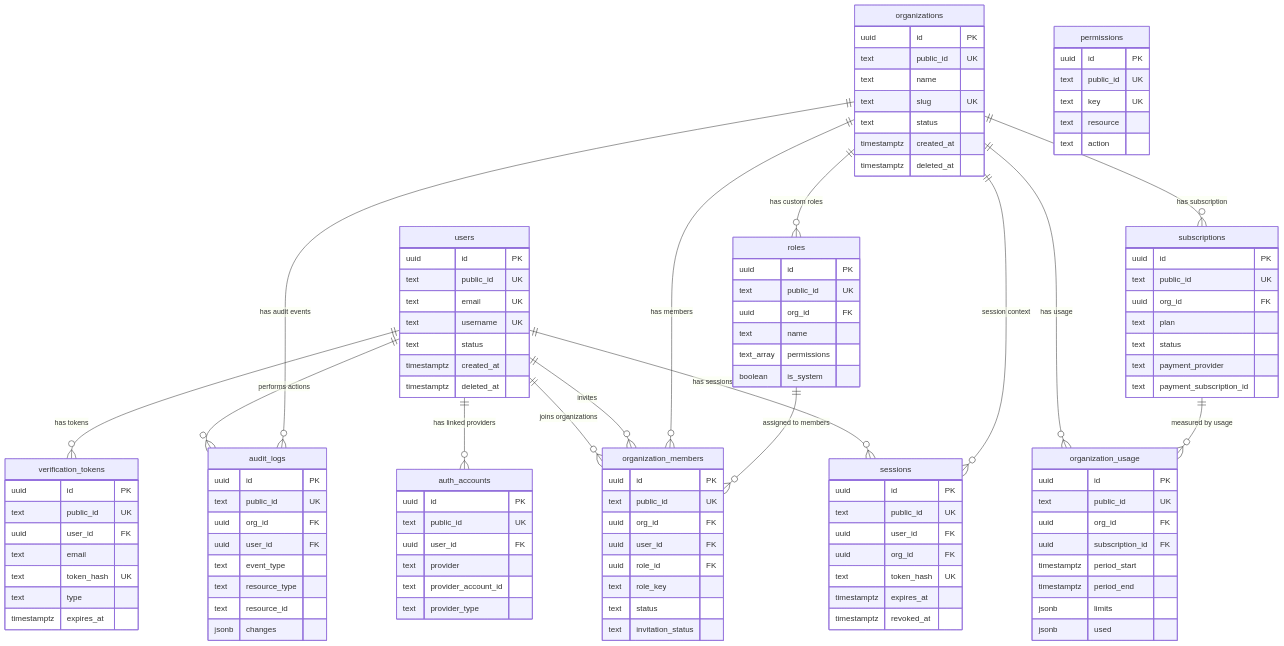
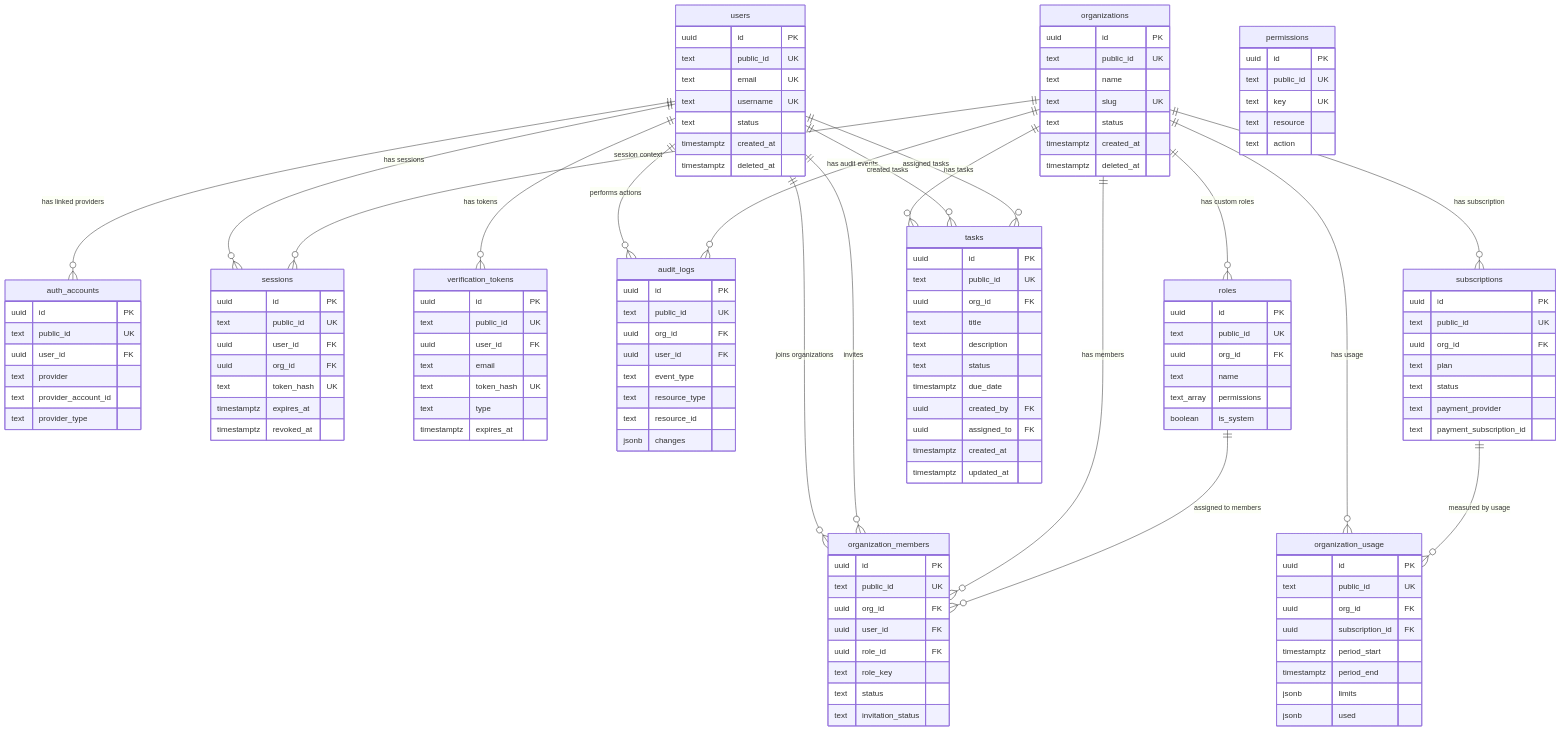
The diagram in docs/database/erd.md (jahid4k/business_saas), drawn with Mermaid before and after one commit. The commit also changed other lines of this file and 9 other files, not shown here.

```diff
--- a/docs/database/erd.md
+++ b/docs/database/erd.md
@@ -45,6 +52,9 @@
 
     roles ||--o{ organization_members : "assigned to members"
     subscriptions ||--o{ organization_usage : "measured by usage"
+    organizations ||--o{ tasks : "has tasks"
+    users ||--o{ tasks : "created tasks"
+    users ||--o{ tasks : "assigned tasks"
 
     users {
         uuid id PK
@@ -144,6 +154,20 @@
         jsonb used
     }
 
+    tasks {
+        uuid id PK
+        text public_id UK
+        uuid org_id FK
+        text title
+        text description
+        text status
+        timestamptz due_date
+        uuid created_by FK
+        uuid assigned_to FK
+        timestamptz created_at
+        timestamptz updated_at
+    }
+
     audit_logs {
         uuid id PK
         text public_id UK
```
